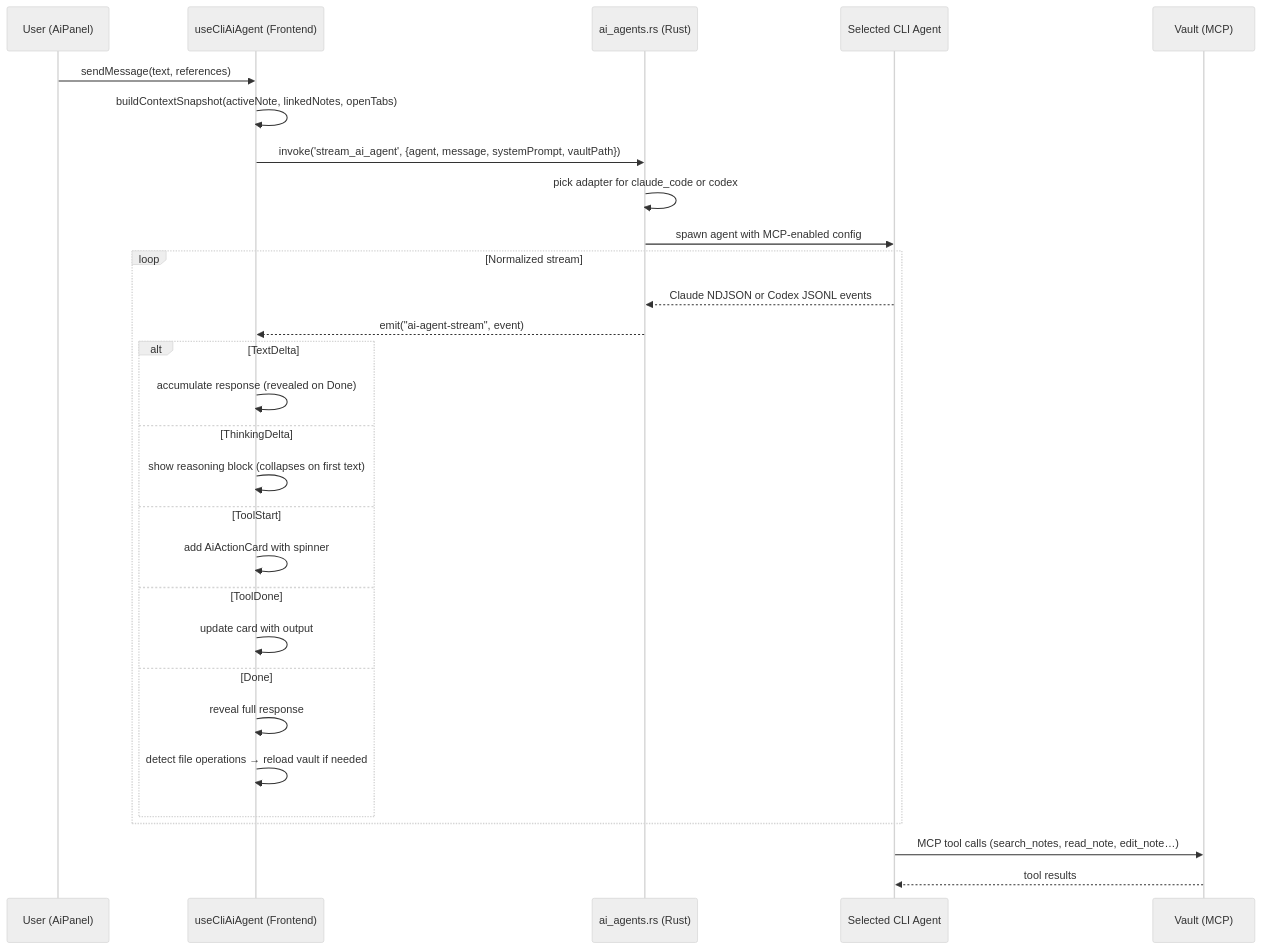
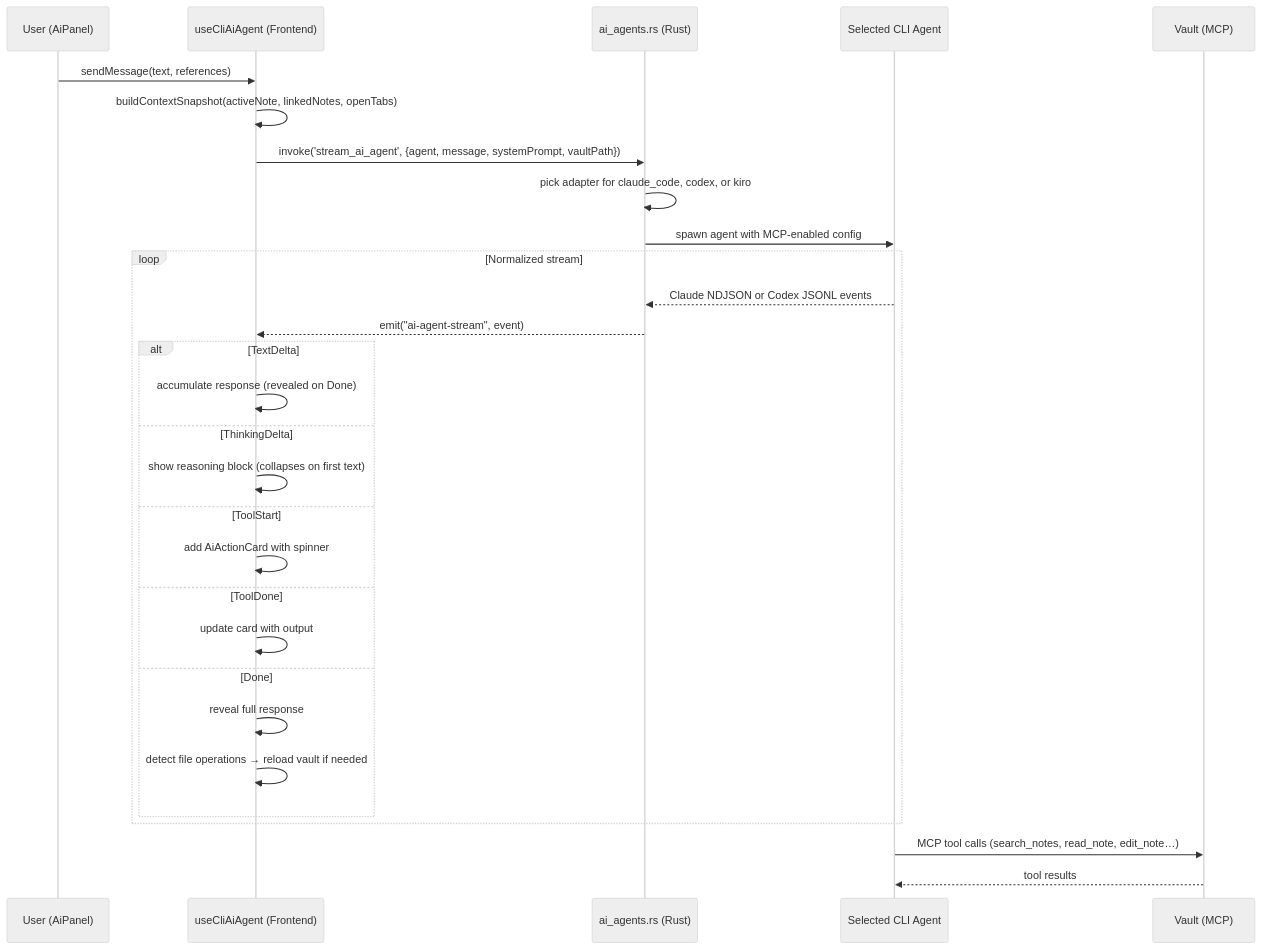
Before and after one commit to refactoringhq/tolaria: the third of 10 diagrams in docs/ARCHITECTURE.md, drawn with Mermaid (neutral theme). The commit also changed other lines of this file and 2 other files, not shown here.

Commit message:
docs: add kiro to README, ARCHITECTURE, and ABSTRACTIONS

````diff
--- a/docs/ARCHITECTURE.md
+++ b/docs/ARCHITECTURE.md
@@ -228,34 +228,34 @@
 ```mermaid
 sequenceDiagram
     participant U as User (AiPanel)
     participant FE as useCliAiAgent (Frontend)
     participant R as ai_agents.rs (Rust)
     participant C as Selected CLI Agent
     participant V as Vault (MCP)
 
     U->>FE: sendMessage(text, references)
     FE->>FE: buildContextSnapshot(activeNote, linkedNotes, openTabs)
     FE->>R: invoke('stream_ai_agent', {agent, message, systemPrompt, vaultPath})
-    R->>R: pick adapter for claude_code or codex
+    R->>R: pick adapter for claude_code, codex, or kiro
     R->>C: spawn agent with MCP-enabled config
 
     loop Normalized stream
         C-->>R: Claude NDJSON or Codex JSONL events
         R-->>FE: emit("ai-agent-stream", event)
         alt TextDelta
             FE->>FE: accumulate response (revealed on Done)
         else ThinkingDelta
             FE->>FE: show reasoning block (collapses on first text)
         else ToolStart
             FE->>FE: add AiActionCard with spinner
         else ToolDone
             FE->>FE: update card with output
         else Done
             FE->>FE: reveal full response
             FE->>FE: detect file operations → reload vault if needed
         end
     end
 
     C->>V: MCP tool calls (search_notes, read_note, edit_note…)
     V-->>C: tool results
 ```
````
